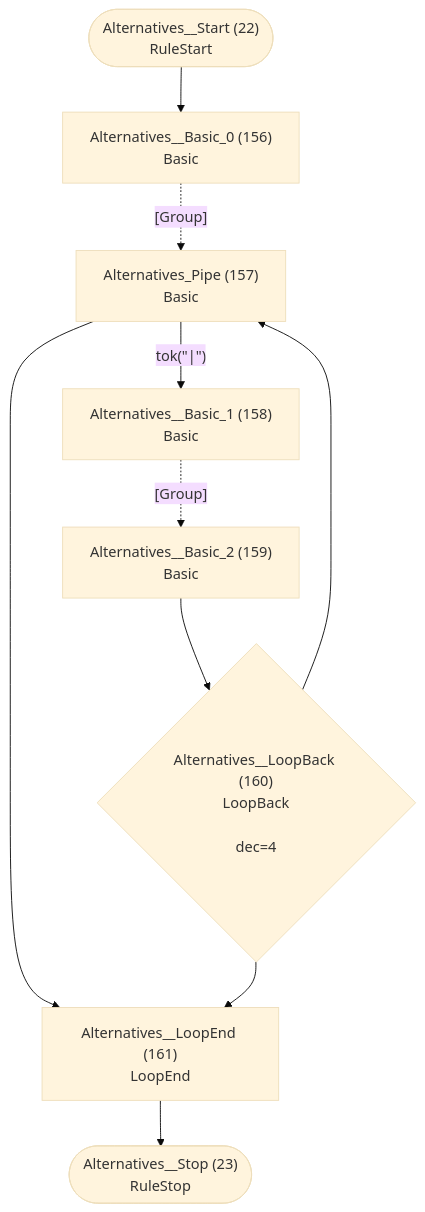
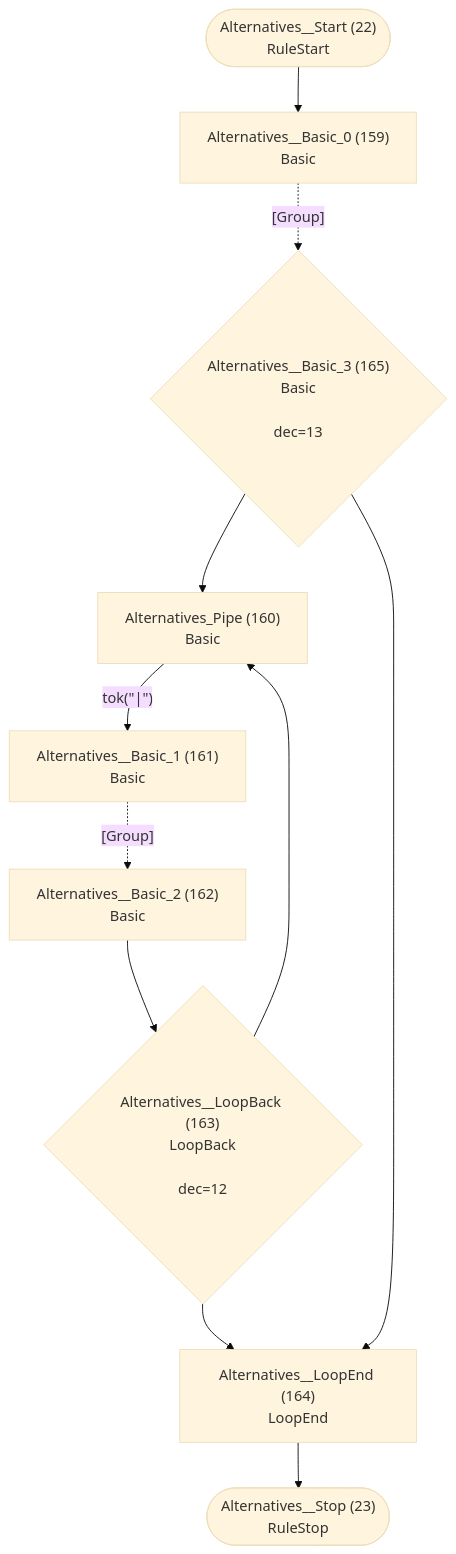
One commit to TypeFox/fastbelt changed diagram 12 of 26 in internal/grammar/atn.md. Above: the diagram before and after it, drawn with Mermaid (base theme). The commit also changed other lines of this file and 53 other files, not shown here.

````diff
--- a/internal/grammar/atn.md
+++ b/internal/grammar/atn.md
@@ -342,21 +348,23 @@
 ```mermaid
 flowchart TD
     q22(["Alternatives__Start (22)<br/>RuleStart"])
     q23(["Alternatives__Stop (23)<br/>RuleStop"])
-    q156["Alternatives__Basic_0 (156)<br/>Basic<br/>"]
-    q157["Alternatives_Pipe (157)<br/>Basic<br/>"]
-    q158["Alternatives__Basic_1 (158)<br/>Basic<br/>"]
-    q159["Alternatives__Basic_2 (159)<br/>Basic<br/>"]
-    q160{"Alternatives__LoopBack (160)<br/>LoopBack<br/><br/>dec=4"}
-    q161["Alternatives__LoopEnd (161)<br/>LoopEnd<br/>"]
+    q159["Alternatives__Basic_0 (159)<br/>Basic<br/>"]
+    q160["Alternatives_Pipe (160)<br/>Basic<br/>"]
+    q161["Alternatives__Basic_1 (161)<br/>Basic<br/>"]
+    q162["Alternatives__Basic_2 (162)<br/>Basic<br/>"]
+    q163{"Alternatives__LoopBack (163)<br/>LoopBack<br/><br/>dec=12"}
+    q164["Alternatives__LoopEnd (164)<br/>LoopEnd<br/>"]
+    q165{"Alternatives__Basic_3 (165)<br/>Basic<br/><br/>dec=13"}
 
-    q22 --> q156
-    q156 -.->|"[Group]"| q157
-    q157 -->|"tok(&quot;|&quot;)"| q158
-    q157 --> q161
-    q158 -.->|"[Group]"| q159
-    q159 --> q160
-    q160 --> q157
-    q160 --> q161
-    q161 --> q23
+    q22 --> q159
+    q159 -.->|"[Group]"| q165
+    q160 -->|"tok(&quot;|&quot;)"| q161
+    q161 -.->|"[Group]"| q162
+    q162 --> q163
+    q163 --> q160
+    q163 --> q164
+    q164 --> q23
+    q165 --> q160
+    q165 --> q164
 ```
````
